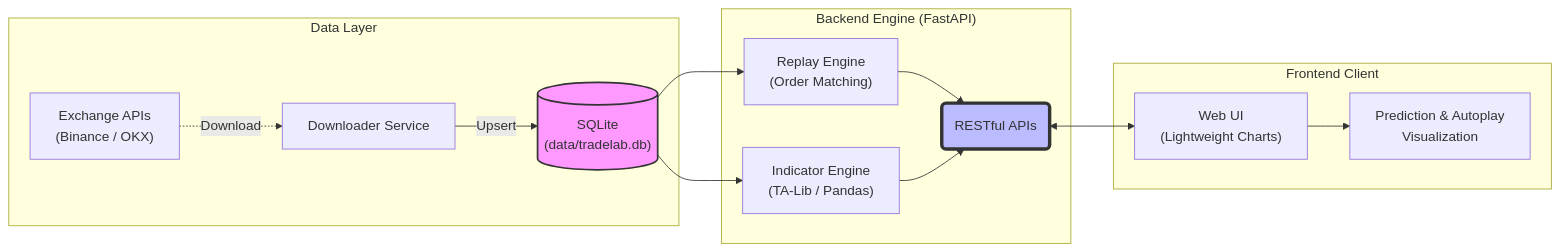
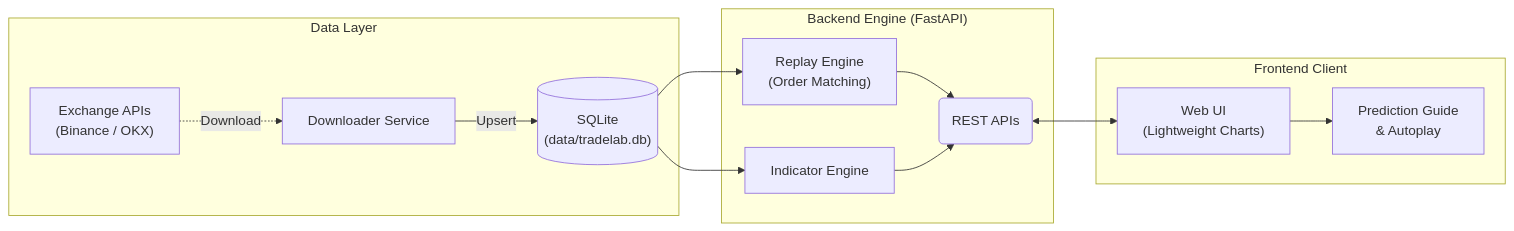
The diagram in README.md (edc3000/TradeLab), drawn with Mermaid before and after one commit. The commit also changed other lines of this file and 5 other files, not shown here.

````diff
--- a/README.md
+++ b/README.md
@@ -47,22 +60,19 @@
 ```mermaid
 flowchart LR
     subgraph DataLayer ["Data Layer"]
         A["Exchange APIs\n(Binance / OKX)"] -.->|Download| B["Downloader Service"]
         B -->|Upsert| C[("SQLite\n(data/tradelab.db)")]
     end
 
     subgraph BackendEngine ["Backend Engine (FastAPI)"]
         C --> D["Replay Engine\n(Order Matching)"]
-        C --> E["Indicator Engine\n(TA-Lib / Pandas)"]
-        D --> F("RESTful APIs")
+        C --> E["Indicator Engine"]
+        D --> F("REST APIs")
         E --> F
     end
 
     subgraph FrontendClient ["Frontend Client"]
         F <--> G["Web UI\n(Lightweight Charts)"]
-        G --> H["Prediction & Autoplay\nVisualization"]
+        G --> H["Prediction Guide\n& Autoplay"]
     end
-    
-    style C fill:#f9f,stroke:#333,stroke-width:2px
-    style F fill:#bbf,stroke:#333,stroke-width:4px
 ```
````
